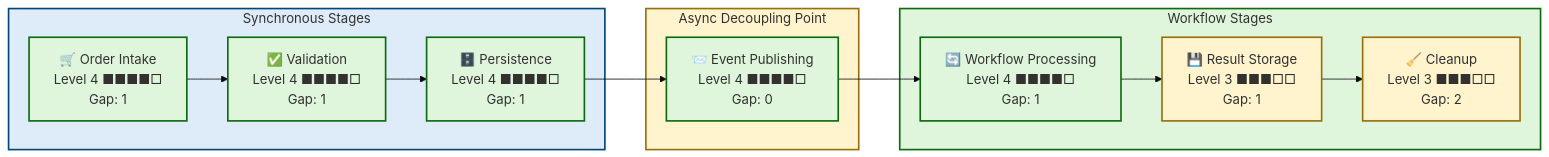
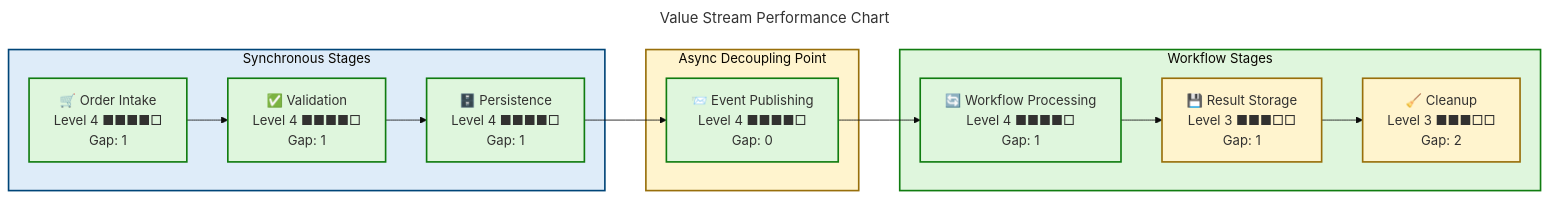
Before and after one commit to Evilazaro/Azure-LogicApps-Monitoring: the seventh of 13 diagrams in docs/architecture/Business-Layer-Architecture.md, drawn with Mermaid. The commit also changed other lines of this file, not shown here.

Commit message:
docs: update mermaid diagrams for improved clarity and consistency in Business Architecture documentation

````diff
--- a/docs/architecture/Business-Layer-Architecture.md
+++ b/docs/architecture/Business-Layer-Architecture.md
@@ -535,44 +551,49 @@
 ```mermaid
 ---
+title: "Value Stream Performance Chart"
 config:
   theme: base
+  themeVariables:
+    fontSize: '16px'
+  flowchart:
+    htmlLabels: false
 ---
 flowchart LR
     accTitle: Value Stream Performance Chart
     accDescr: Shows the Order-to-Fulfillment value stream stages with current maturity level, instrumentation status, and gap indicators for each stage
 
     %% ═══════════════════════════════════════════════════════════════
     %% AZURE / FLUENT ARCHITECTURE PATTERN v1.1
     %% Generated: 2026-02-18T10:30:00Z
     %% Layer: Business
     %% Components: 7
     %% ═══════════════════════════════════════════════════════════════
 
     subgraph sync ["Synchronous Stages"]
         intake["🛒 Order Intake<br/>Level 4 ■■■■□<br/>Gap: 1"]
         validate["✅ Validation<br/>Level 4 ■■■■□<br/>Gap: 1"]
         persist["🗄️ Persistence<br/>Level 4 ■■■■□<br/>Gap: 1"]
     end
 
     subgraph async ["Async Decoupling Point"]
         publish["📨 Event Publishing<br/>Level 4 ■■■■□<br/>Gap: 0"]
     end
 
     subgraph workflow ["Workflow Stages"]
         process["🔄 Workflow Processing<br/>Level 4 ■■■■□<br/>Gap: 1"]
         store["💾 Result Storage<br/>Level 3 ■■■□□<br/>Gap: 1"]
         cleanup["🧹 Cleanup<br/>Level 3 ■■■□□<br/>Gap: 2"]
     end
 
     intake --> validate --> persist --> publish --> process --> store --> cleanup
 
     style sync fill:#DEECF9,stroke:#004578,stroke-width:2px,color:#323130
     style async fill:#FFF4CE,stroke:#986F0B,stroke-width:2px,color:#323130
-    style workflow fill:#DFF6DD,stroke:#0B6A0B,stroke-width:2px,color:#323130
+    style workflow fill:#DFF6DD,stroke:#107C10,stroke-width:2px,color:#323130
 
-    classDef measured fill:#DFF6DD,stroke:#0B6A0B,stroke-width:2px,color:#323130
+    classDef measured fill:#DFF6DD,stroke:#107C10,stroke-width:2px,color:#323130
     classDef defined fill:#FFF4CE,stroke:#986F0B,stroke-width:2px,color:#323130
 
     class intake,validate,persist,publish,process measured
     class store,cleanup defined
 ```
````
